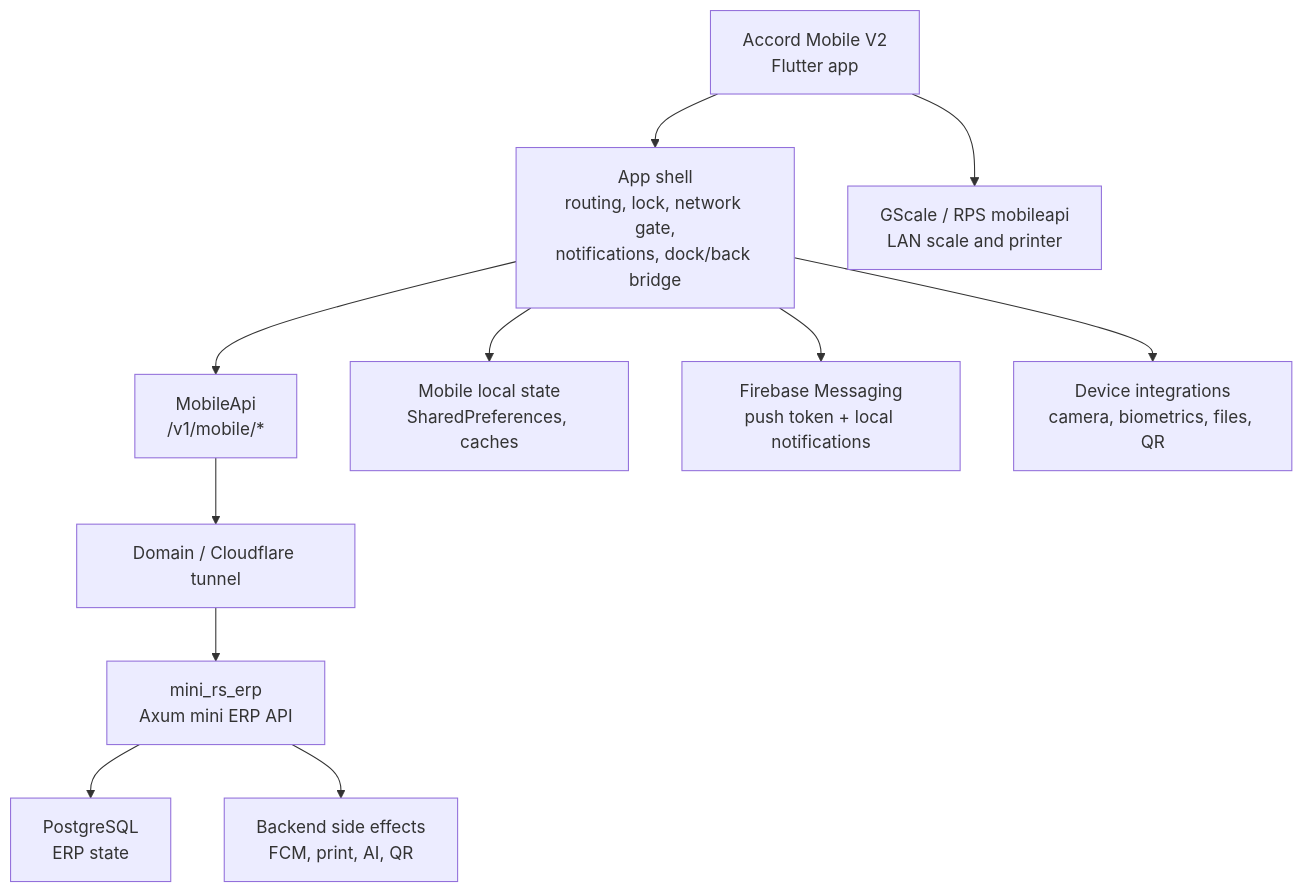
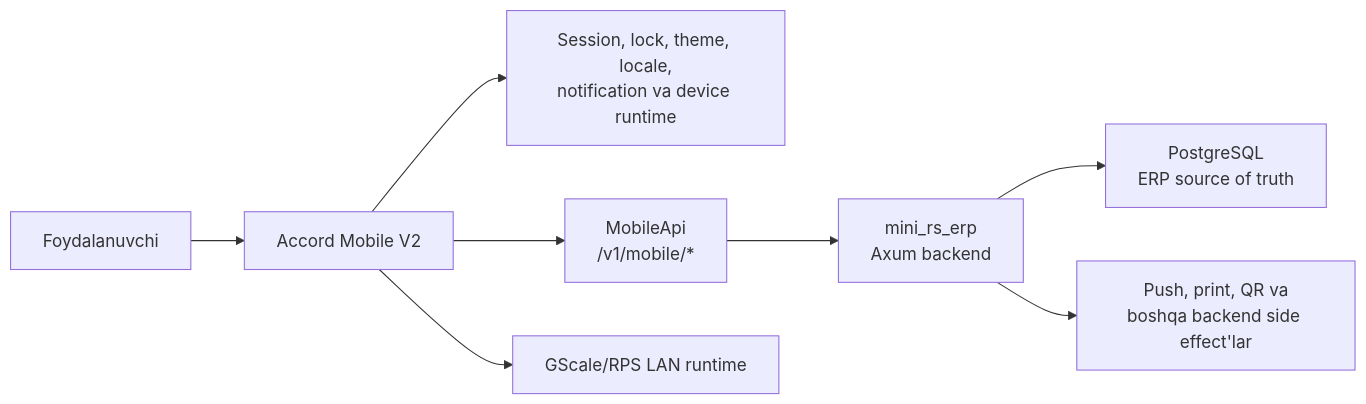
Before and after one commit to WIKKIwk/accord_mobile_v2: the first of 2 diagrams in README.md, drawn with Mermaid. The commit also changed other lines of this file, not shown here.

Commit message:
Refresh mobile architecture and workflow documentation

````diff
--- a/README.md
+++ b/README.md
@@ -38,25 +32,10 @@
 ```mermaid
-flowchart TB
-    App["Accord Mobile V2<br/>Flutter app"]
-    Shell["App shell<br/>routing, lock, network gate,<br/>notifications, dock/back bridge"]
-    Api["MobileApi<br/>/v1/mobile/*"]
-    Domain["mini_rs_erp<br/>Axum mini ERP API"]
-    DB["PostgreSQL<br/>ERP state"]
-    Local["Mobile local state<br/>SharedPreferences, caches"]
-    Push["Firebase Messaging<br/>push token + local notifications"]
-    Device["Device integrations<br/>camera, biometrics, files, QR"]
-    GScale["GScale / RPS mobileapi<br/>LAN scale and printer"]
-    DomainSide["Backend side effects<br/>FCM, print, AI, QR"]
-    Tunnel["Domain / Cloudflare tunnel"]
-
-    App --> Shell
-    Shell --> Api
-    Shell --> Local
-    Shell --> Push
-    Shell --> Device
-    Api --> Tunnel
-    Tunnel --> Domain
-    Domain --> DB
-    Domain --> DomainSide
-    App --> GScale
+flowchart LR
+    User["Foydalanuvchi"] --> Mobile["Accord Mobile V2"]
+    Mobile --> Runtime["Session, lock, theme, locale,<br/>notification va device runtime"]
+    Mobile --> Api["MobileApi<br/>/v1/mobile/*"]
+    Api --> Domain["mini_rs_erp<br/>Axum backend"]
+    Domain --> DB["PostgreSQL<br/>ERP source of truth"]
+    Domain --> SideEffects["Push, print, QR va<br/>boshqa backend side effect'lar"]
+    Mobile --> GScale["GScale/RPS LAN runtime"]
 ```
````
